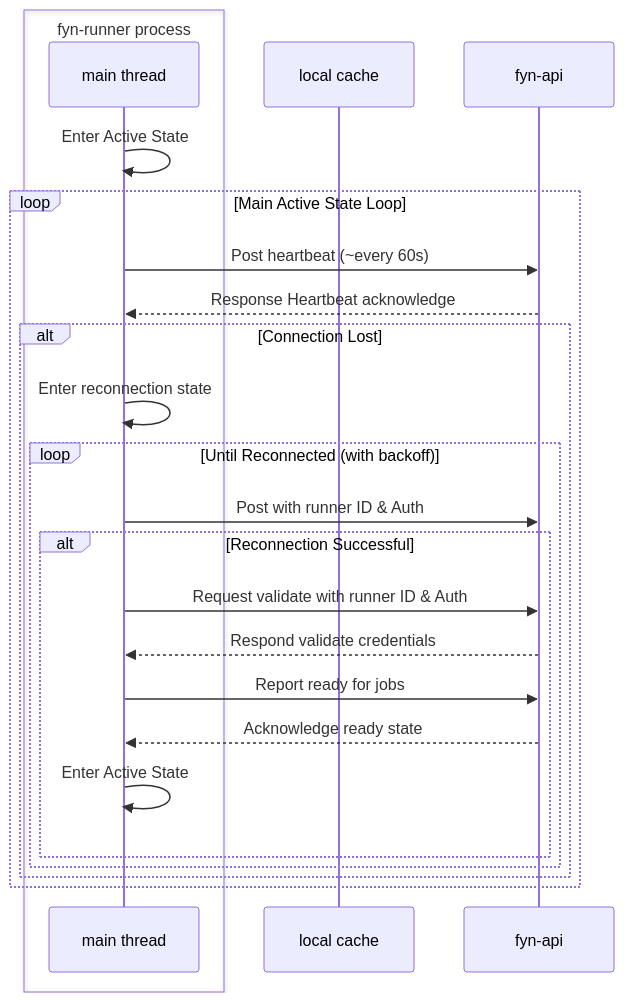
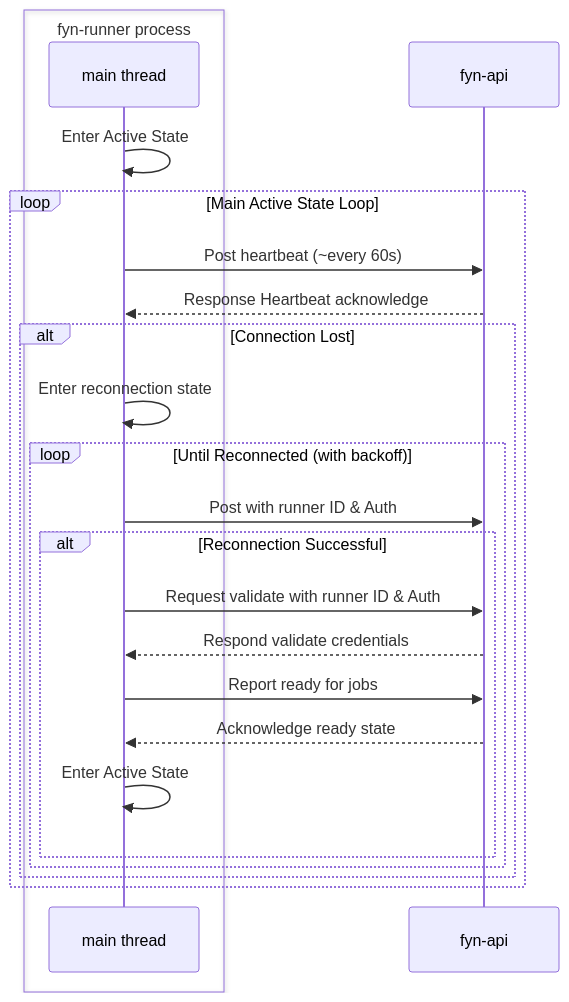
The fourth of 6 diagrams in docs/runner_events.md (fyn-tech/fyn-runner), drawn with Mermaid before and after one commit. The commit also changed other lines of this file, not shown here.

````diff
--- a/docs/runner_events.md
+++ b/docs/runner_events.md
@@ -107,29 +107,28 @@
 ```mermaid
 sequenceDiagram
     box fyn-runner process
         participant main thread
     end
-    participant local cache
     participant fyn-api
 
 
     main thread->>main thread: Enter Active State
     loop Main Active State Loop
         main thread->>fyn-api: Post heartbeat (~every 60s)
         fyn-api-->>main thread: Response Heartbeat acknowledge
         
         alt Connection Lost
             main thread->>main thread: Enter reconnection state
             loop Until Reconnected (with backoff)
                 main thread->>fyn-api: Post with runner ID & Auth
                 alt Reconnection Successful
                     main thread->>fyn-api: Request validate with runner ID & Auth
                     fyn-api-->>main thread: Respond validate credentials
                     main thread->>fyn-api: Report ready for jobs
                     fyn-api-->>main thread: Acknowledge ready state
                     main thread->>main thread: Enter Active State
                 end
             end
         end
     end
 ```
````
